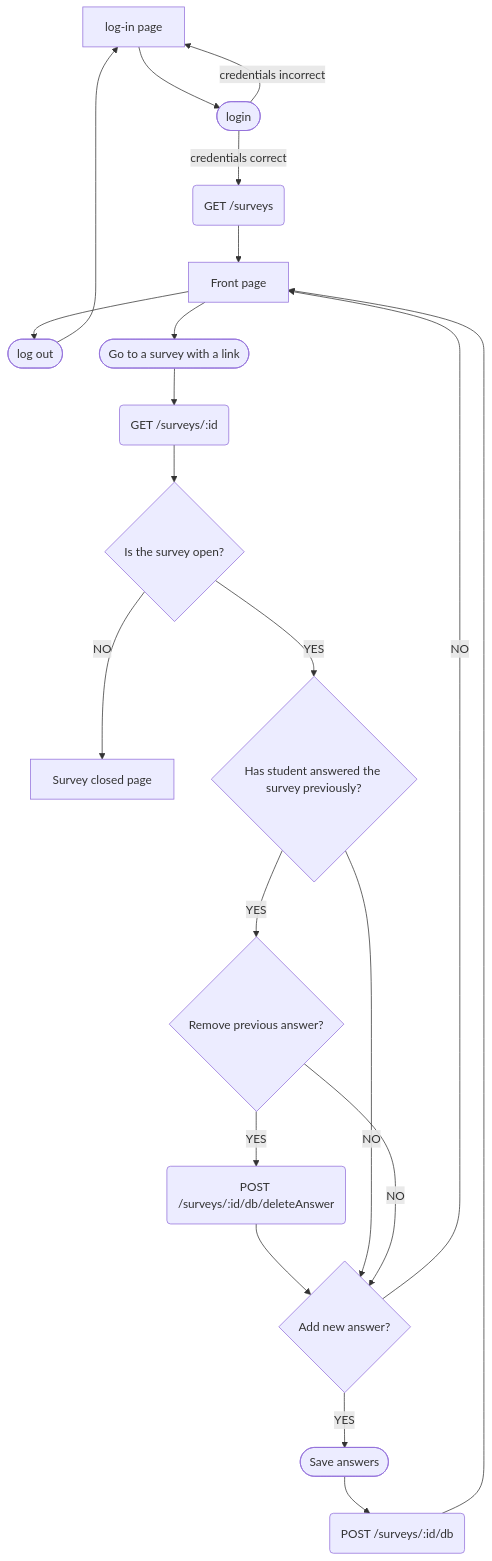
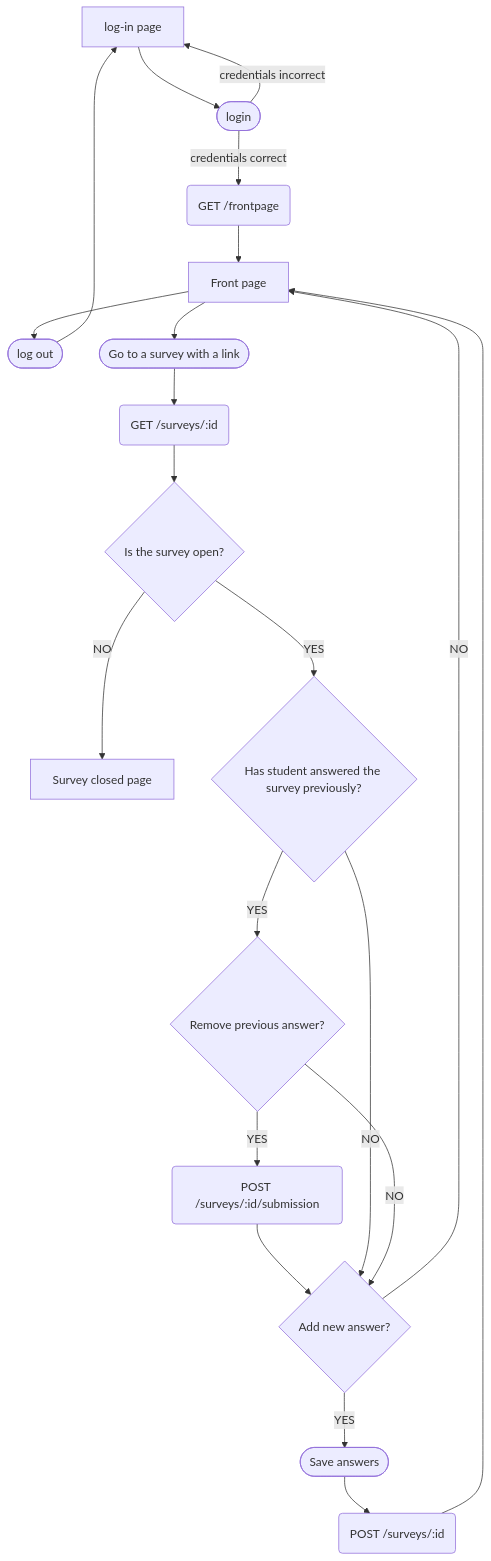
The second of 2 diagrams in docs-2.0/process_flow_chart.md (piryopt/pienryhmien-optimointi), drawn with Mermaid before and after one commit. The commit also changed other lines of this file, not shown here.

Commit message:
Edit process flow charts

````diff
--- a/docs-2.0/process_flow_chart.md
+++ b/docs-2.0/process_flow_chart.md
@@ -111,32 +65,22 @@
 ```mermaid
-flowchart TD
-  A[log-in page] --> B
-  K([log out])
-
-    %% Log-in Process
-    B([login]) -- credentials incorrect --> A
-    B -- credentials correct --> E(GET /surveys)
+flowchart TB
+    A["log-in page"] --> B(["login"])
+    B -- credentials incorrect --> A
+    B -- credentials correct --> E("GET /frontpage")
     E --> F["Front page"]
-
-    %% Main View and Choose Function
-    F --> K
+    F --> K(["log out"]) & G(["Go to a survey with a link"])
     K --> A
-    F --> G([Go to a survey with a link]) --> I(GET /surveys/:id)
-
-    %% Survey Interaction
-    I --> J{Is the survey open?}
-    J -- NO --> L[Survey closed page]
-    J -- YES --> M{Has student answered the survey previously?}
-
-    M -- YES --> N{Remove previous answer?}
-    N -- YES --> P(POST /surveys/:id/db/deleteAnswer)
-    P --> Q{Add new answer?}
-    Q -- YES --> R([Save answers])
+    G --> I("GET /surveys/:id")
+    I --> J{"Is the survey open?"}
+    J -- NO --> L["Survey closed page"]
+    J -- YES --> M{"Has student answered the survey previously?"}
+    M -- YES --> N{"Remove previous answer?"}
+    N -- YES --> P("POST /surveys/:id/submission")
+    P --> Q{"Add new answer?"}
+    Q -- YES --> R(["Save answers"])
     Q -- NO --> F
-
     M -- NO --> Q
-    R --> S(POST /surveys/:id/db)
+    R --> S("POST /surveys/:id")
     S --> F
-
     N -- NO --> Q
 ```
````
